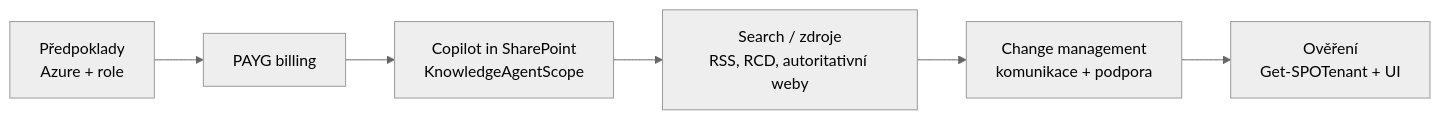
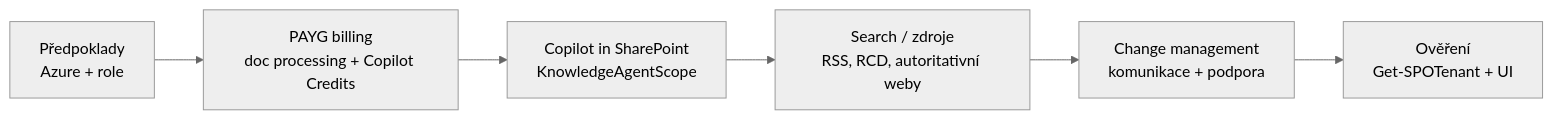
The diagram in day-2/configuration/README.md (MalasekPetr/gopas-goc224), drawn with Mermaid (neutral theme) before and after one commit. The commit also changed other lines of this file and 1 other file, not shown here.

First line of the commit message:
Expand day 2 configuration: Copilot Credits PAYG + setting section semantics

````diff
--- a/day-2/configuration/README.md
+++ b/day-2/configuration/README.md
@@ -34,8 +63,8 @@
 ```mermaid
 flowchart LR
-  A[Předpoklady<br>Azure + role] --> B[PAYG billing]
+  A[Předpoklady<br>Azure + role] --> B[PAYG billing<br>doc processing + Copilot Credits]
   B --> C[Copilot in SharePoint<br>KnowledgeAgentScope]
   C --> D[Search / zdroje<br>RSS, RCD, autoritativní weby]
   D --> E[Change management<br>komunikace + podpora]
   E --> F[Ověření<br>Get-SPOTenant + UI]
 ```
````
